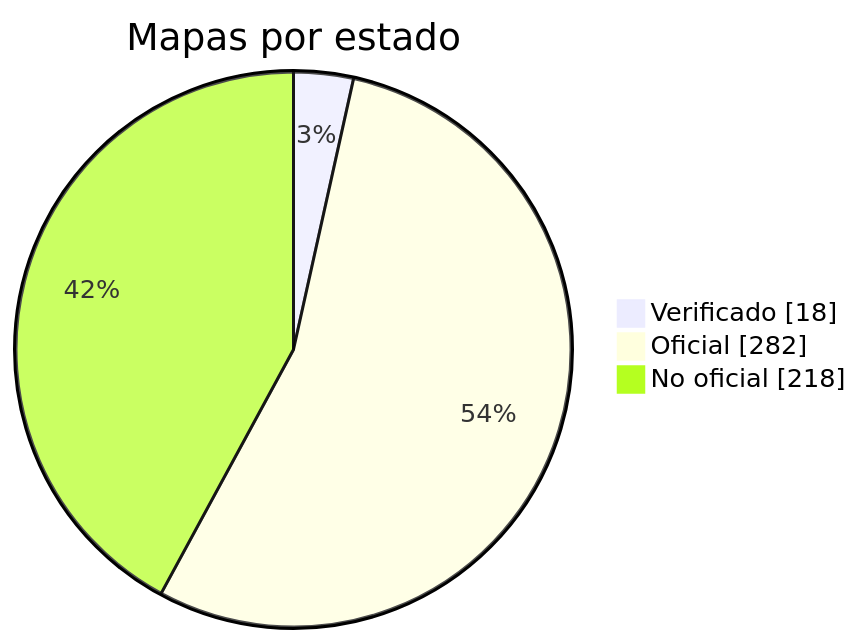
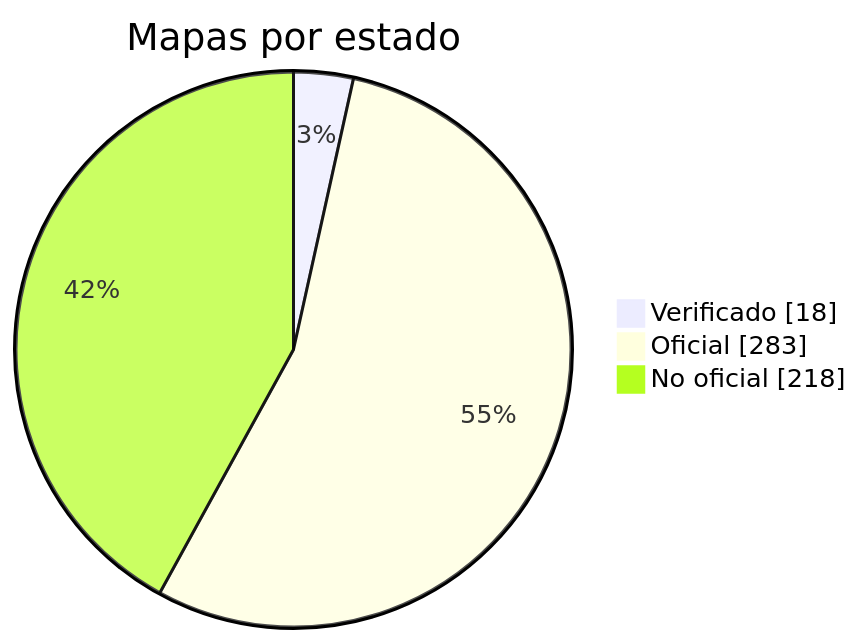
One commit to nobrega8/mbmap-library changed the diagram in docs/readme/README_ES.md. Above: the diagram before and after it, drawn with Mermaid. The commit also changed 5 other files, not shown here.

````diff
--- a/docs/readme/README_ES.md
+++ b/docs/readme/README_ES.md
@@ -54,7 +54,7 @@
 ```mermaid
 pie showData
     title Mapas por estado
     "Verificado" : 18
-    "Oficial" : 282
+    "Oficial" : 283
     "No oficial" : 218
 ```
````
